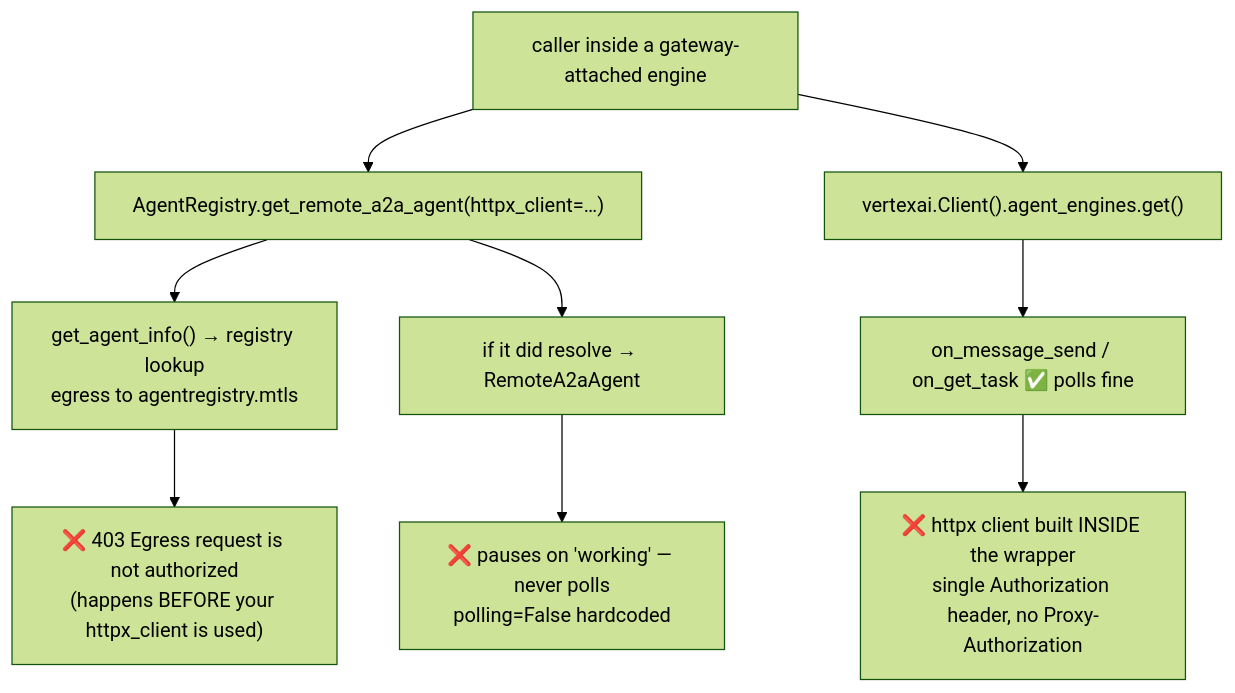
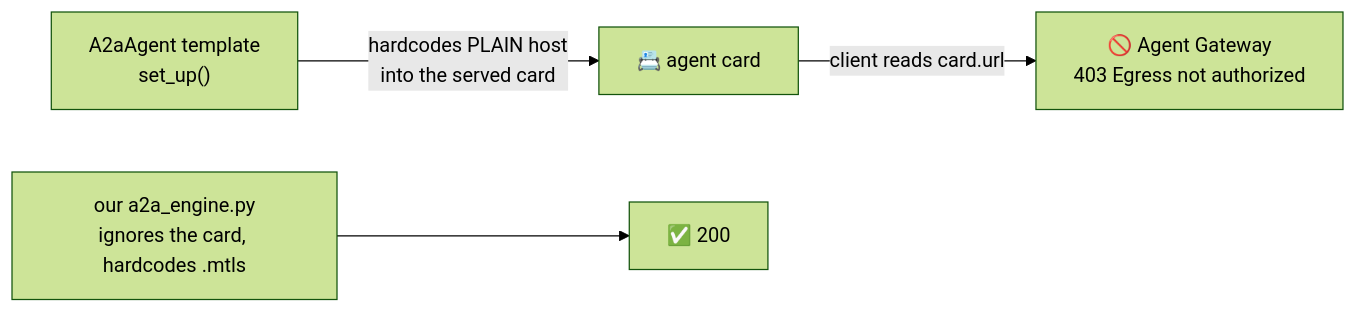
Before and after one commit to weimeilin79/vibeflix-audit: the diagram in eng-report/UPSTREAM-FR-a2a-client-gaps.md, drawn with Mermaid (forest theme). The commit also changed other lines of this file and 8 other files, not shown here.

Commit message:
Testing Agent Engine SDK with Gateway finding

````diff
--- a/eng-report/UPSTREAM-FR-a2a-client-gaps.md
+++ b/eng-report/UPSTREAM-FR-a2a-client-gaps.md
@@ -68,14 +16,6 @@
 ```mermaid
-flowchart TD
-  A["caller inside a gateway-attached engine"]
-
-  A --> R["AgentRegistry.get_remote_a2a_agent(httpx_client=…)"]
-  R --> R1["get_agent_info() → registry lookup<br/>egress to agentregistry.mtls"]
-  R1 --> RX["❌ 403 Egress request is not authorized<br/>(happens BEFORE your httpx_client is used)"]
-  R --> R2["if it did resolve → RemoteA2aAgent"]
-  R2 --> RY["❌ pauses on 'working' — never polls<br/>polling=False hardcoded"]
-
-  A --> G["vertexai.Client().agent_engines.get()"]
-  G --> G1["on_message_send / on_get_task ✅ polls fine"]
-  G1 --> GX["❌ httpx client built INSIDE the wrapper<br/>single Authorization header, no Proxy-Authorization"]
+flowchart LR
+  T["A2aAgent template<br/>set_up()"] -->|"hardcodes PLAIN host<br/>into the served card"| C["📇 agent card"]
+  C -->|"client reads card.url"| X["🚫 Agent Gateway<br/>403 Egress not authorized"]
+  M["our a2a_engine.py<br/>ignores the card, hardcodes .mtls"] --> OK["✅ 200"]
 ```
````
